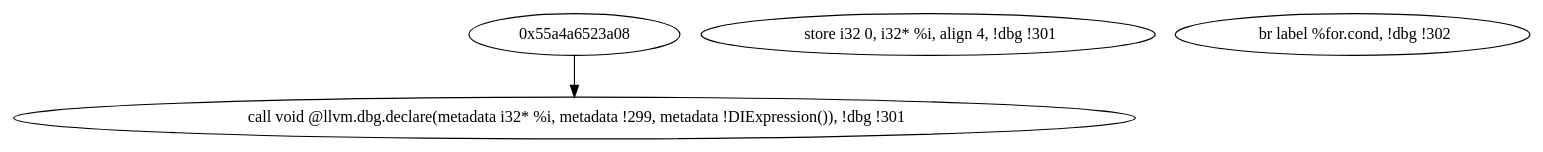
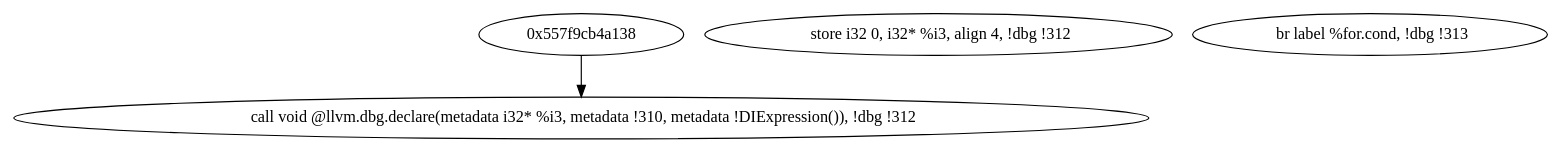
The diagram in benchmarks/correctness/_Z15benchmarkBranchii_ddg_sw.bb2.dot (rudrajyotiroy/mirrormaze), drawn with Graphviz before and after one commit. The commit also changed 17 other files, not shown here.

```diff
--- a/benchmarks/correctness/_Z15benchmarkBranchii_ddg_sw.bb2.dot
+++ b/benchmarks/correctness/_Z15benchmarkBranchii_ddg_sw.bb2.dot
@@ -1,6 +1,6 @@
 digraph DDG {
-  "0x55a4a64ff5e0" [label="  call void @llvm.dbg.declare(metadata i32* %i, metadata !299, metadata !DIExpression()), !dbg !301"];
-  "0x55a4a65118b0" [label="  store i32 0, i32* %i, align 4, !dbg !301"];
-  "0x55a4a6511920" [label="  br label %for.cond, !dbg !302"];
-  "0x55a4a6523a08" -> "0x55a4a64ff5e0";
+  "0x557f9cb4dbd0" [label="  call void @llvm.dbg.declare(metadata i32* %i3, metadata !310, metadata !DIExpression()), !dbg !312"];
+  "0x557f9cb4dca0" [label="  store i32 0, i32* %i3, align 4, !dbg !312"];
+  "0x557f9cb4dd10" [label="  br label %for.cond, !dbg !313"];
+  "0x557f9cb4a138" -> "0x557f9cb4dbd0";
 }
```
